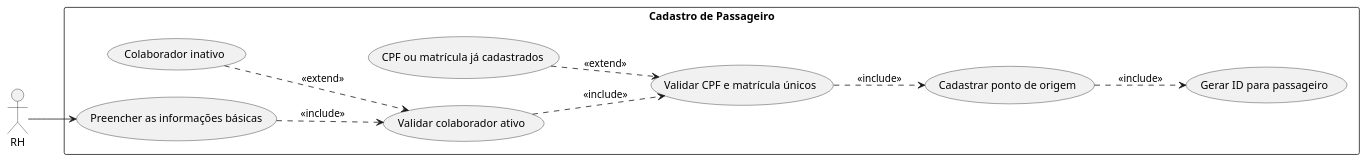
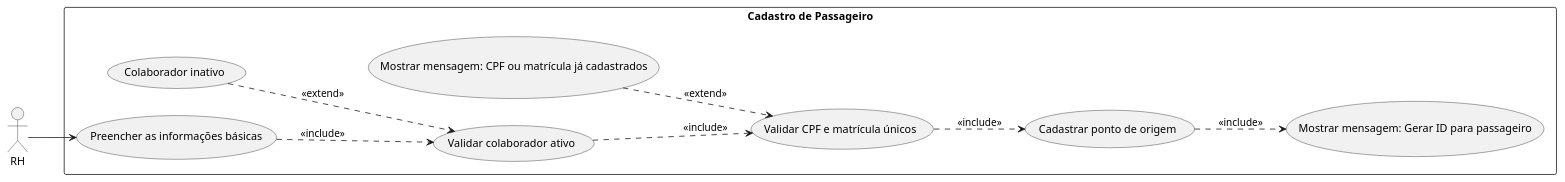
Before and after one commit to AnaBeatrizA-Silva/CaronaCorporativa_EngSof: the diagram in estudoDeCasos/cadastroPassageiros.puml, drawn with PlantUML. The commit also changed 16 other files, not shown here.

Commit message:
Exportando para xml os diagramas e concertando os estudos de caso

```diff
--- a/estudoDeCasos/cadastroPassageiros.puml
+++ b/estudoDeCasos/cadastroPassageiros.puml
@@ -1,24 +1,24 @@
 @startuml Cadastro de Passageiro
 
 left to right direction
 
 actor RH
 rectangle "Cadastro de Passageiro" as CadPass {
   usecase "Preencher as informações básicas" as cadPass_Info
   usecase "Validar colaborador ativo" as cadPass_ValiAtivo
   usecase "Colaborador inativo" as cadPass_Inativo
   usecase "Validar CPF e matrícula únicos" as cadPass_ValiDup
-  usecase "CPF ou matrícula já cadastrados" as cadPass_Dup
+  usecase "Mostrar mensagem: CPF ou matrícula já cadastrados" as cadPass_Dup
   usecase "Cadastrar ponto de origem" as cadPass_Ponto
-  usecase "Gerar ID para passageiro" as cadPass_ID
+  usecase "Mostrar mensagem: Gerar ID para passageiro" as cadPass_ID
 }
 
 RH --> cadPass_Info
 cadPass_Info .down.> cadPass_ValiAtivo : <<include>>
 cadPass_ValiAtivo <.up. cadPass_Inativo : <<extend>>
 cadPass_ValiAtivo .down.> cadPass_ValiDup : <<include>>
 cadPass_ValiDup <.up. cadPass_Dup : <<extend>>
 cadPass_ValiDup .down.> cadPass_Ponto : <<include>>
 cadPass_Ponto .down.> cadPass_ID : <<include>>
 
 @enduml
```
